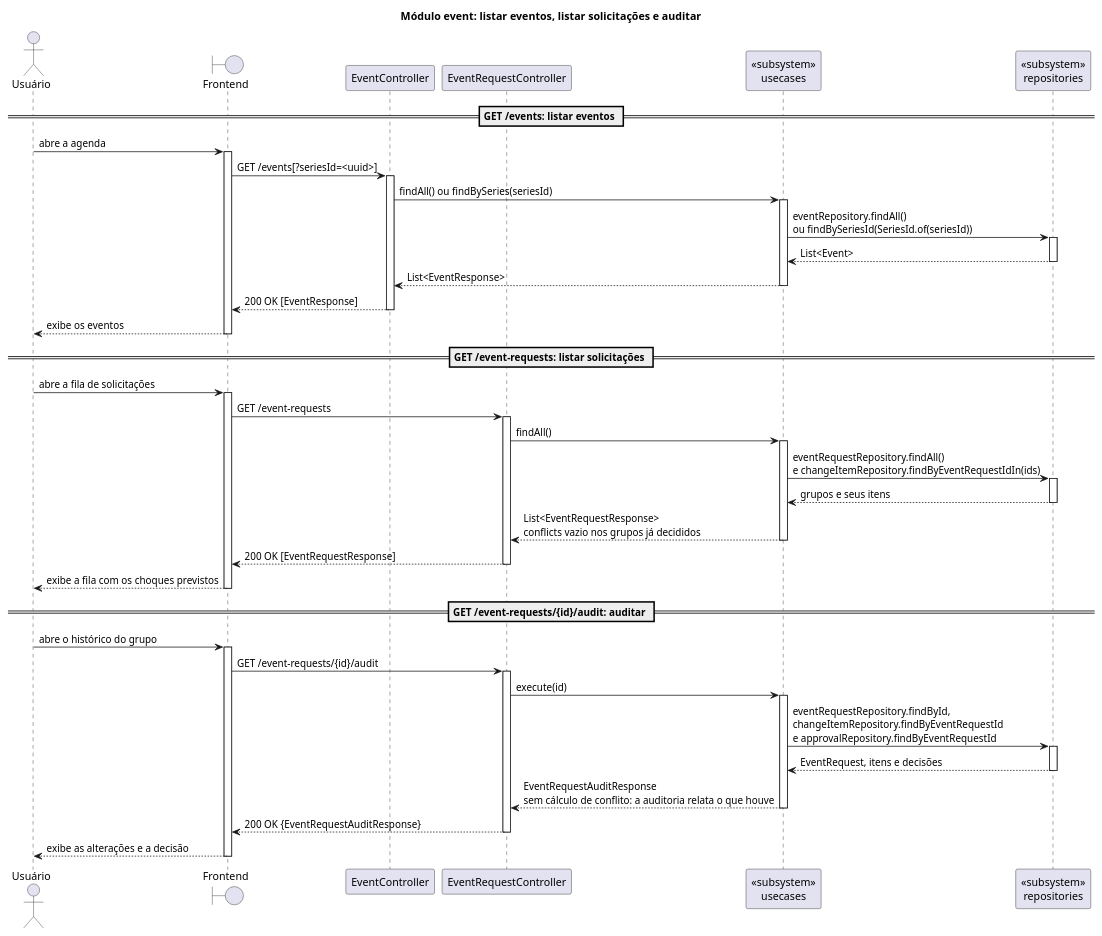
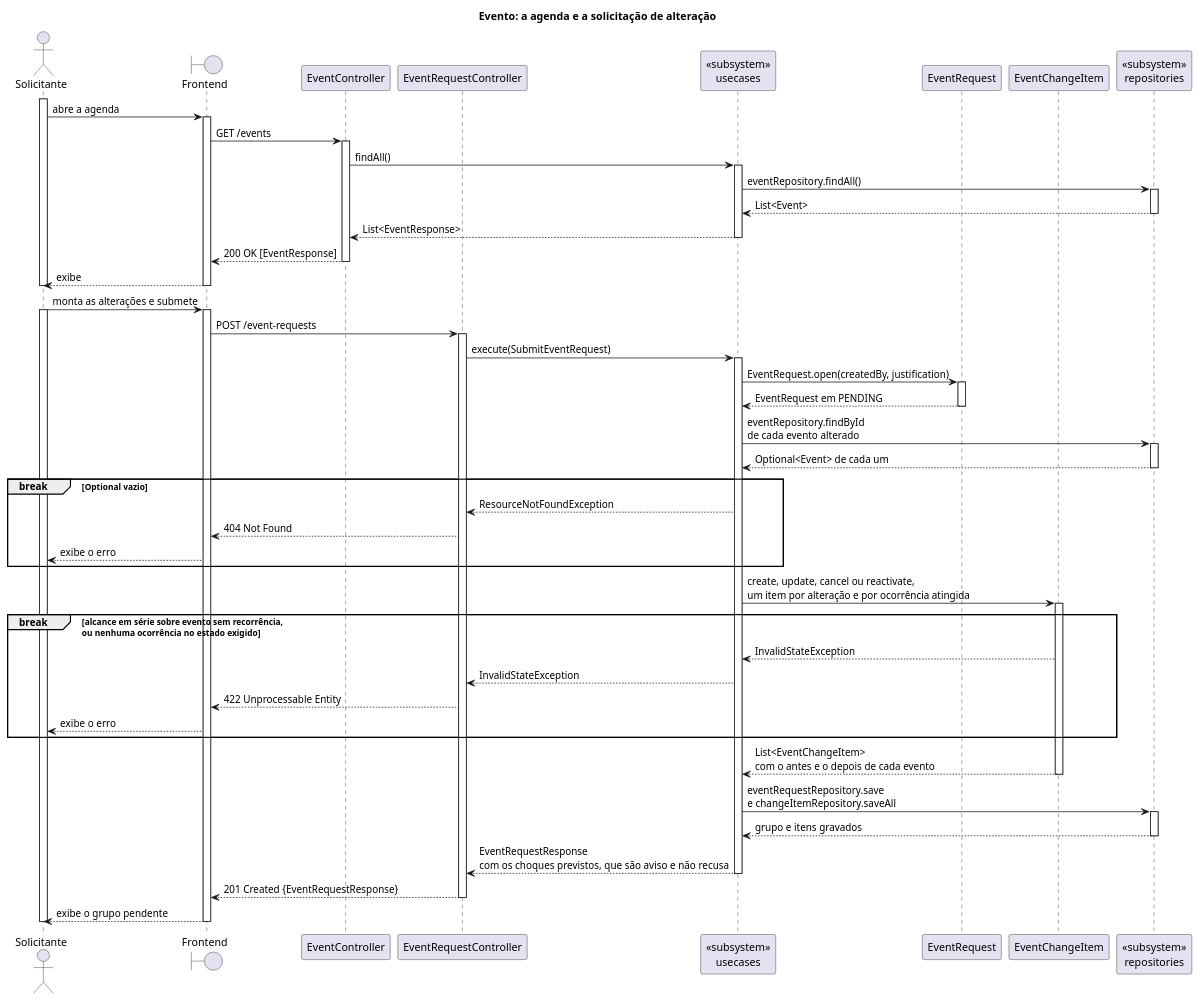
The diagram in src/plantuml/sequencia/simples/event.puml (Neoguara/rooms-diagrams), drawn with PlantUML before and after one commit. The commit also changed 2 other files, not shown here.

```diff
--- a/src/plantuml/sequencia/simples/event.puml
+++ b/src/plantuml/sequencia/simples/event.puml
@@ -1,93 +1,122 @@
 @startuml event_simples
 
-' As três leituras do módulo event, no estilo simplista. As três escritas, que passam pela
-' aprovação, estão em event_request.puml. Os diagramas completos continuam em
-' sequencia/event/, e é lá que estão os desvios.
+' A tela da agenda, no estilo simplista: o solicitante vê os eventos e pede alterações. A
+' tela do aprovador, com a fila e a decisão, está em event_request.puml. Os diagramas
+' completos continuam em sequencia/event/, e é lá que estão todos os desvios.
+'
+' A forma do diagrama segue o uso da tela: abrir a agenda lista os eventos, e a listagem é
+' obrigatória, acontece antes de tudo e não é alternativa a nada. A solicitação vem depois
+' dela, e é a única operação que esta tela oferece. Por isso não há alt aqui: não existem
+' caminhos alternativos a escolher, existe um só, que é o que o solicitante faz.
+'
+' Submeter não toca o evento. O que se pretende fazer fica guardado nos itens do grupo,
+' que nascem em PENDING; só a aprovação efetiva, e ela está em event_request.puml.
 '
 ' Cinco cortes em relação aos completos:
 '   1. Porta e implementação viram um participante só, tipado como «subsystem».
-'   2. Só o caminho de sucesso. Nenhum alt: os erros (404) estão nos completos.
-'   3. Nenhum loop, nenhuma mensagem para si mesmo.
-'   4. Ativação só em trecho reto, abrindo e fechando no mesmo nível.
+'   2. Os desvios são marcados com break, o fragmento que cancela o resto da interação,
+'      que é o que o throw faz: 404 no evento que não existe e 422 na alteração que o
+'      estado do evento não aceita. O 422 de changes vazio, que é a primeira linha do
+'      caso de uso, fica nos completos.
+'   3. Nenhum loop. Onde o código repete por item, a repetição fica dita na mensagem.
+'   4. Nenhuma mensagem para si mesmo, e ativação só em trecho reto. As barras aninham:
+'      a do ator cobre a interação inteira, e cada camada abaixo ocupa menos tempo.
 '   5. O armazenamento não aparece. As mensagens param no participante de repositório,
 '      e a consulta ou gravação fica implícita: o que importa é a conversa entre as
 '      camadas, não o SQL.
 '
-' Não existe recurso de série: as ocorrências de uma recorrência são listadas filtrando os
-' eventos por seriesId.
+' O EventRequestConflicts não tem raia: o cálculo dos choques roda dentro do caso de uso,
+' e mensagem para si mesmo fica de fora deste estilo. O que sobra dele vai no rótulo do
+' retorno, que é onde ele importa: choque previsto é aviso, não recusa, e não impede a
+' submissão.
+'
+' O filtro por seriesId do GET /events fica de fora: é parâmetro de consulta, não troca
+' entre camadas. Não existe recurso de série, as ocorrências de uma recorrência são
+' listadas filtrando os eventos por seriesId.
 
-title Módulo event: listar eventos, listar solicitações e auditar
+title Evento: a agenda e a solicitação de alteração
 
-actor "Usuário" as Ator
+actor "Solicitante" as Ator
 boundary "Frontend" as FE
 participant "EventController" as EvCtrl
 participant "EventRequestController" as ReqCtrl
 
 participant "<<subsystem>>\nusecases" as UC
 
+participant "EventRequest" as Req
+participant "EventChangeItem" as Item
+
 participant "<<subsystem>>\nrepositories" as Repo
 
-== GET /events: listar eventos ==
-
+activate Ator
 Ator -> FE: abre a agenda
 activate FE
-FE -> EvCtrl: GET /events[?seriesId=<uuid>]
+FE -> EvCtrl: GET /events
 activate EvCtrl
-EvCtrl -> UC: findAll() ou findBySeries(seriesId)
+EvCtrl -> UC: findAll()
 activate UC
 
-UC -> Repo: eventRepository.findAll()\nou findBySeriesId(SeriesId.of(seriesId))
+UC -> Repo: eventRepository.findAll()
 activate Repo
 Repo --> UC: List<Event>
 deactivate Repo
 
 UC --> EvCtrl: List<EventResponse>
 deactivate UC
 EvCtrl --> FE: 200 OK [EventResponse]
 deactivate EvCtrl
-FE --> Ator: exibe os eventos
+FE --> Ator: exibe
 deactivate FE
+deactivate Ator
 
-== GET /event-requests: listar solicitações ==
-
-Ator -> FE: abre a fila de solicitações
+Ator -> FE: monta as alterações e submete
+activate Ator
 activate FE
-FE -> ReqCtrl: GET /event-requests
+FE -> ReqCtrl: POST /event-requests
 activate ReqCtrl
-ReqCtrl -> UC: findAll()
+ReqCtrl -> UC: execute(SubmitEventRequest)
 activate UC
 
-UC -> Repo: eventRequestRepository.findAll()\ne changeItemRepository.findByEventRequestIdIn(ids)
+UC -> Req: EventRequest.open(createdBy, justification)
+activate Req
+Req --> UC: EventRequest em PENDING
+deactivate Req
+
+UC -> Repo: eventRepository.findById\nde cada evento alterado
 activate Repo
-Repo --> UC: grupos e seus itens
+Repo --> UC: Optional<Event> de cada um
 deactivate Repo
 
-UC --> ReqCtrl: List<EventRequestResponse>\nconflicts vazio nos grupos já decididos
-deactivate UC
-ReqCtrl --> FE: 200 OK [EventRequestResponse]
-deactivate ReqCtrl
-FE --> Ator: exibe a fila com os choques previstos
-deactivate FE
+break Optional vazio
+  UC --> ReqCtrl: ResourceNotFoundException
+  ReqCtrl --> FE: 404 Not Found
+  FE --> Ator: exibe o erro
+end
 
-== GET /event-requests/{id}/audit: auditar ==
+UC -> Item: create, update, cancel ou reactivate,\num item por alteração e por ocorrência atingida
+activate Item
 
-Ator -> FE: abre o histórico do grupo
-activate FE
-FE -> ReqCtrl: GET /event-requests/{id}/audit
-activate ReqCtrl
-ReqCtrl -> UC: execute(id)
-activate UC
+break alcance em série sobre evento sem recorrência,\nou nenhuma ocorrência no estado exigido
+  Item --> UC: InvalidStateException
+  UC --> ReqCtrl: InvalidStateException
+  ReqCtrl --> FE: 422 Unprocessable Entity
+  FE --> Ator: exibe o erro
+end
 
-UC -> Repo: eventRequestRepository.findById,\nchangeItemRepository.findByEventRequestId\ne approvalRepository.findByEventRequestId
+Item --> UC: List<EventChangeItem>\ncom o antes e o depois de cada evento
+deactivate Item
+
+UC -> Repo: eventRequestRepository.save\ne changeItemRepository.saveAll
 activate Repo
-Repo --> UC: EventRequest, itens e decisões
+Repo --> UC: grupo e itens gravados
 deactivate Repo
 
-UC --> ReqCtrl: EventRequestAuditResponse\nsem cálculo de conflito: a auditoria relata o que houve
+UC --> ReqCtrl: EventRequestResponse\ncom os choques previstos, que são aviso e não recusa
 deactivate UC
-ReqCtrl --> FE: 200 OK {EventRequestAuditResponse}
+ReqCtrl --> FE: 201 Created {EventRequestResponse}
 deactivate ReqCtrl
-FE --> Ator: exibe as alterações e a decisão
+FE --> Ator: exibe o grupo pendente
 deactivate FE
+deactivate Ator
 
 @enduml
```
